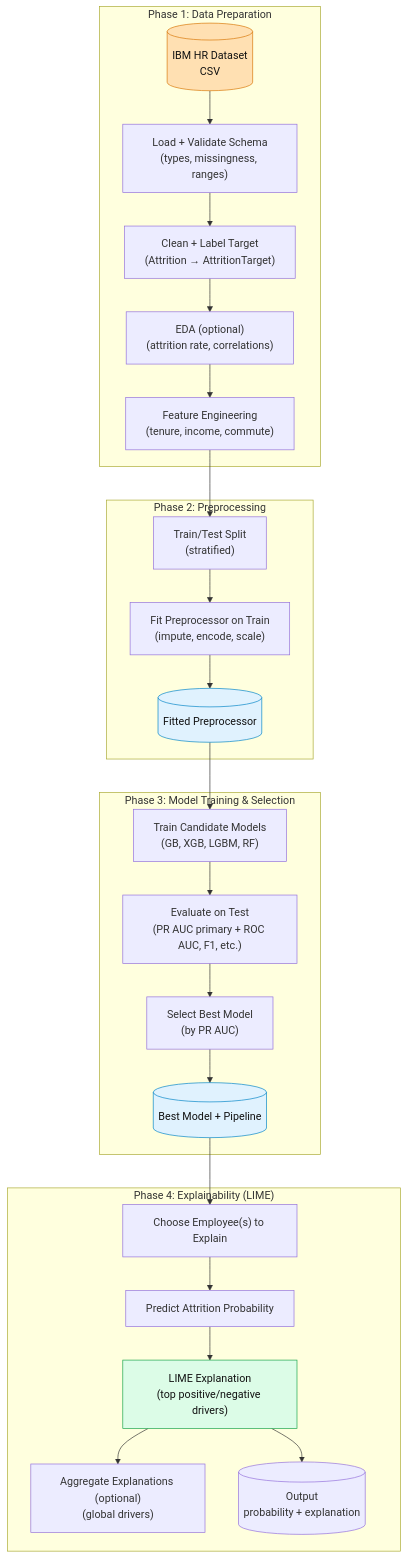
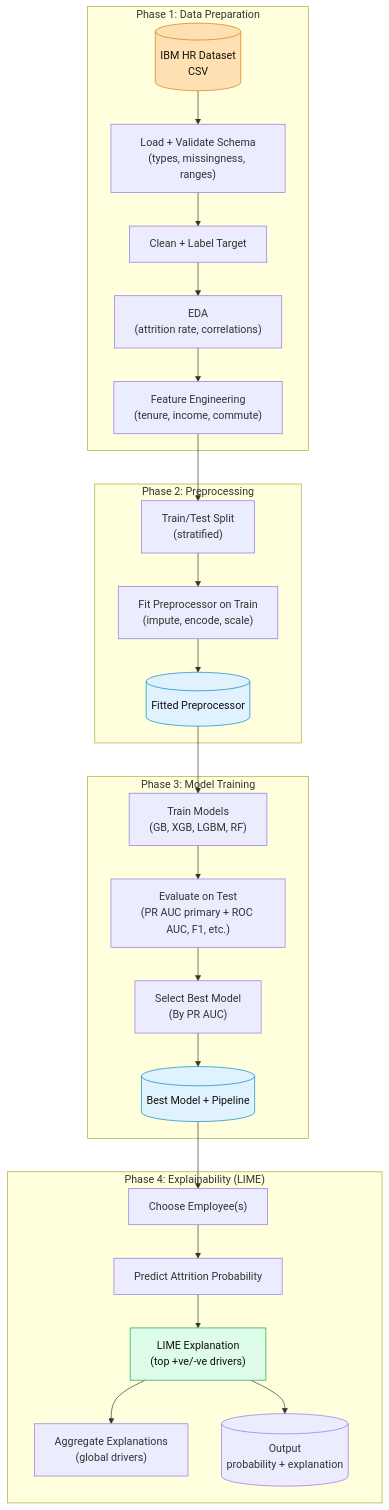
Before and after one commit to gpsaggese/gpsaggese.github.io: the second of 3 diagrams in class_project/MSML610/Fall2025/Projects/UmdTask62_Fall2025_LIME_Employee_Attrition_Prediction/README.md, drawn with Mermaid. The commit also changed other lines of this file, not shown here.

````diff
--- a/class_project/MSML610/Fall2025/Projects/UmdTask62_Fall2025_LIME_Employee_Attrition_Prediction/README.md
+++ b/class_project/MSML610/Fall2025/Projects/UmdTask62_Fall2025_LIME_Employee_Attrition_Prediction/README.md
@@ -227,57 +227,57 @@
 ```mermaid
 flowchart TB
 
 %% =========================
 %% Phase 1: Data Preparation
 %% =========================
 subgraph P1["Phase 1: Data Preparation"]
   A[(IBM HR Dataset<br/>CSV)]
   B["Load + Validate Schema<br/>(types, missingness, ranges)"]
-  C["Clean + Label Target<br/>(Attrition → AttritionTarget)"]
-  D["EDA (optional)<br/>(attrition rate, correlations)"]
+  C["Clean + Label Target"]
+  D["EDA<br/>(attrition rate, correlations)"]
   E["Feature Engineering<br/>(tenure, income, commute)"]
   A --> B --> C --> D --> E
 end
 
 %% =========================
 %% Phase 2: Preprocessing
 %% =========================
 subgraph P2["Phase 2: Preprocessing"]
   F["Train/Test Split<br/>(stratified)"]
   G["Fit Preprocessor on Train<br/>(impute, encode, scale)"]
   H[(Fitted Preprocessor)]
   E --> F --> G --> H
 end
 
 %% =========================
 %% Phase 3: Model Training & Selection
 %% =========================
-subgraph P3["Phase 3: Model Training & Selection"]
-  I["Train Candidate Models<br/>(GB, XGB, LGBM, RF)"]
+subgraph P3["Phase 3: Model Training"]
+  I["Train Models<br/>(GB, XGB, LGBM, RF)"]
   J["Evaluate on Test<br/>(PR AUC primary + ROC AUC, F1, etc.)"]
-  K["Select Best Model<br/>(by PR AUC)"]
+  K["Select Best Model<br/>(By PR AUC)"]
   L[(Best Model + Pipeline)]
   H --> I --> J --> K --> L
 end
 
 %% =========================
-%% Phase 4: Explainability (LIME)
+%% Phase 4: LIME Explainability 
 %% =========================
 subgraph P4["Phase 4: Explainability (LIME)"]
-  M["Choose Employee(s) to Explain"]
+  M["Choose Employee(s)"]
   N["Predict Attrition Probability"]
-  O["LIME Explanation<br/>(top positive/negative drivers)"]
-  P["Aggregate Explanations (optional)<br/>(global drivers)"]
+  O["LIME Explanation<br/>(top +ve/-ve drivers)"]
+  P["Aggregate Explanations<br/>(global drivers)"]
   Q[(Output<br/>probability + explanation)]
   L --> M --> N --> O --> Q
   O --> P
 end
 
 classDef datastore fill:#ffe0b2,stroke:#d97706,color:#111;
 classDef artifact fill:#e0f2fe,stroke:#0284c7,color:#111;
 classDef explain fill:#dcfce7,stroke:#16a34a,color:#111;
 
 class A datastore
 class H,L artifact
 class O explain
 ```
````
